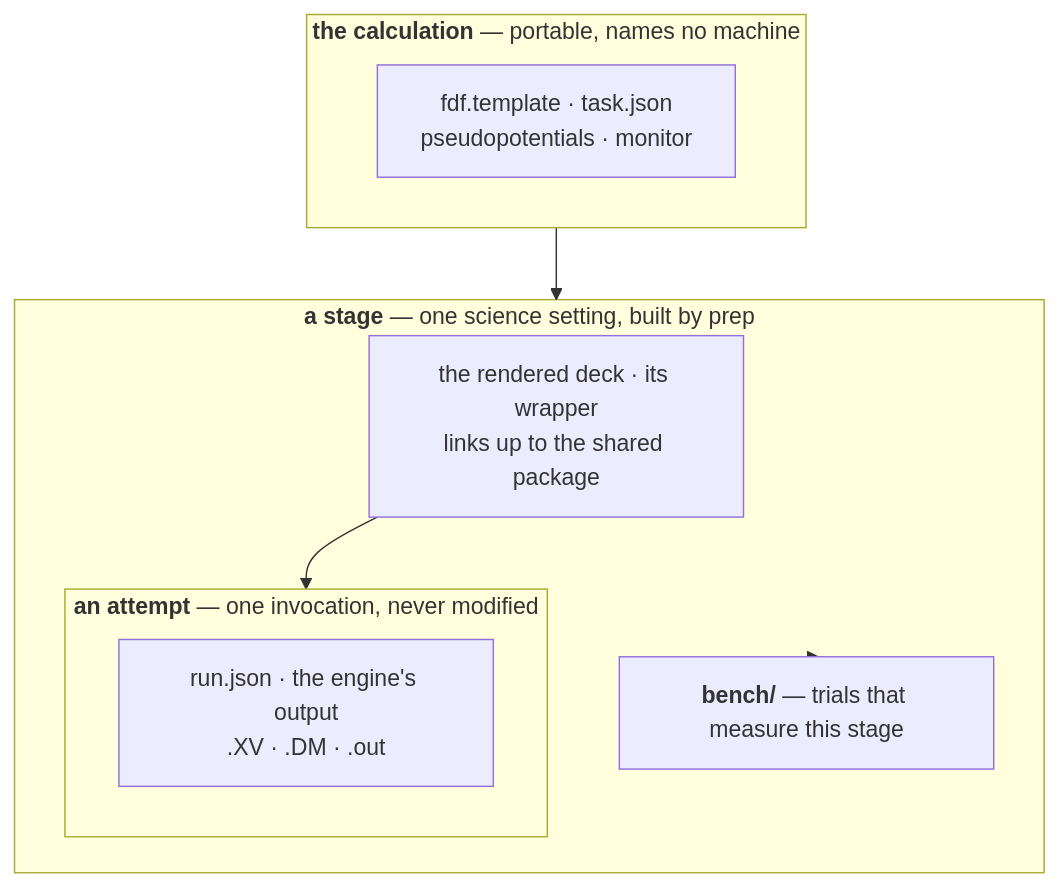
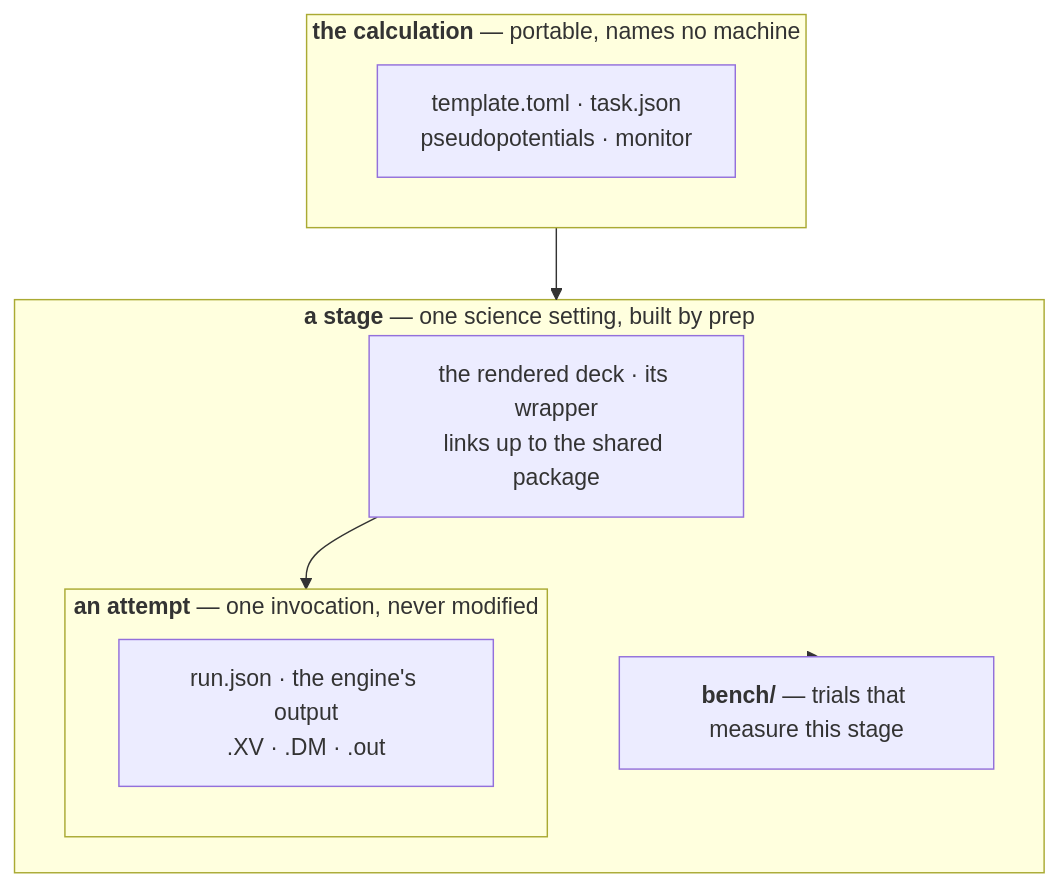
The second of 10 diagrams in docs/execution/project-layout.md (Qing-LAB/molbuilder), drawn with Mermaid before and after one commit. The commit also changed other lines of this file and 16 other files, not shown here.

First line of the commit message:
docs(template): the template gets its own contract, in engines/, and stops being an .fdf

````diff
--- a/docs/execution/project-layout.md
+++ b/docs/execution/project-layout.md
@@ -143,16 +143,16 @@
 ```mermaid
 flowchart TB
     subgraph CALC["<b>the calculation</b> — portable, names no machine"]
-      T["fdf.template · task.json<br/>pseudopotentials · monitor"]
+      T["template.toml · task.json<br/>pseudopotentials · monitor"]
     end
     subgraph ST["<b>a stage</b> — one science setting, built by prep"]
       D["the rendered deck · its wrapper<br/>links up to the shared package"]
       subgraph AT["<b>an attempt</b> — one invocation, never modified"]
         O["run.json · the engine's output<br/>.XV · .DM · .out"]
       end
       BN["<b>bench/</b> — trials that measure this stage"]
     end
     CALC --> ST
     D --> AT
     ST -.-> BN
 ```
````
